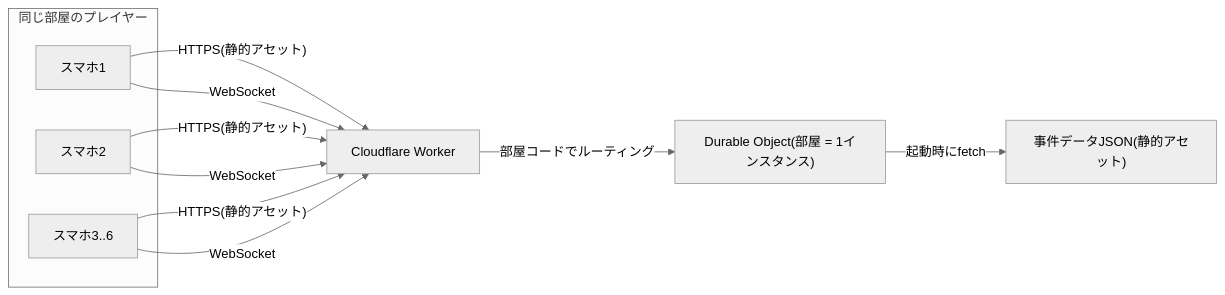
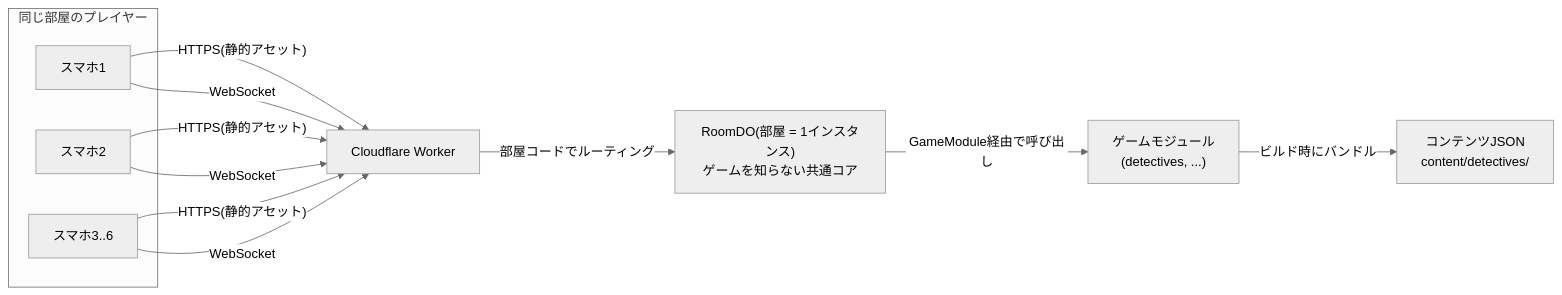
Before and after one commit to war-lab/BEB-Party: the first of 3 diagrams in docs/設計.md, drawn with Mermaid (neutral theme). The commit also changed other lines of this file and 13 other files, not shown here.

````diff
--- a/docs/設計.md
+++ b/docs/設計.md
@@ -17,10 +20,11 @@
 ```mermaid
 graph LR
     subgraph 同じ部屋のプレイヤー
         P1[スマホ1] & P2[スマホ2] & P3[スマホ3..6]
     end
     P1 & P2 & P3 -- "HTTPS(静的アセット)" --> W[Cloudflare Worker]
     P1 & P2 & P3 -- "WebSocket" --> W
-    W -- "部屋コードでルーティング" --> DO["Durable Object(部屋 = 1インスタンス)"]
-    DO -- "起動時にfetch" --> A["事件データJSON(静的アセット)"]
+    W -- "部屋コードでルーティング" --> DO["RoomDO(部屋 = 1インスタンス)<br/>ゲームを知らない共通コア"]
+    DO -- "GameModule経由で呼び出し" --> GM["ゲームモジュール<br/>(detectives, ...)"]
+    GM -- "ビルド時にバンドル" --> A["コンテンツJSON<br/>content/detectives/"]
 ```
````
